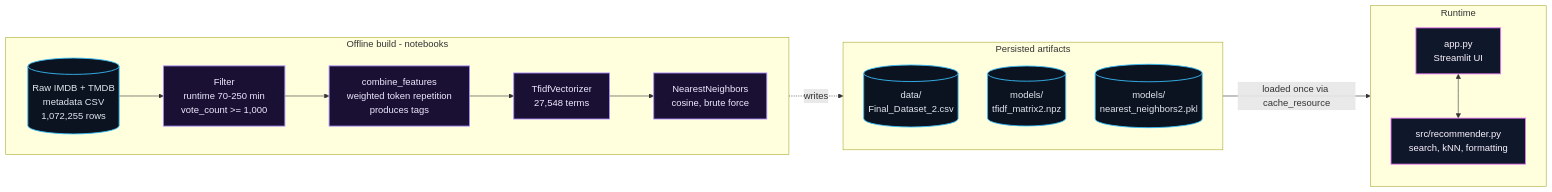
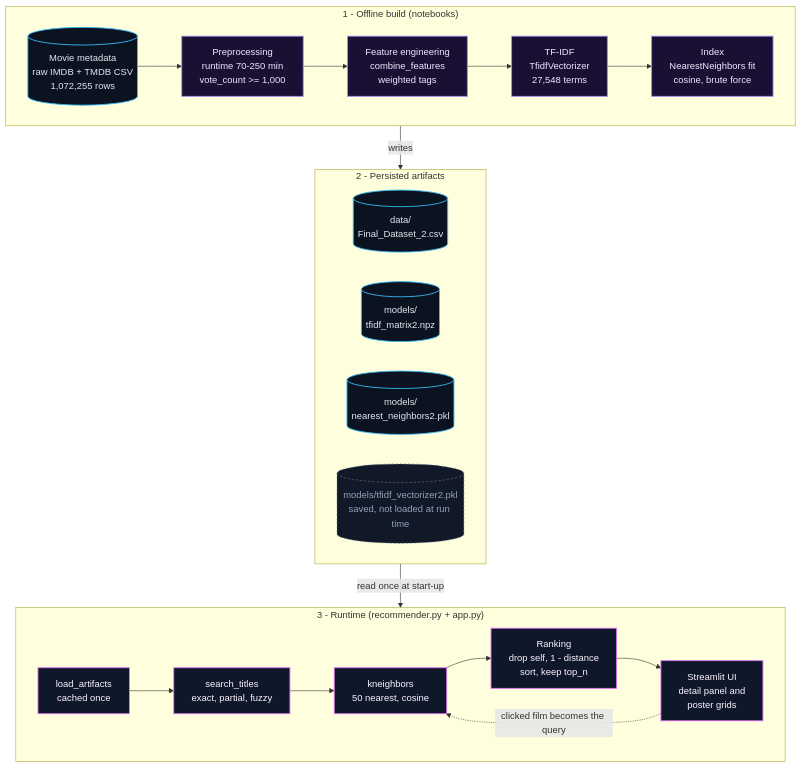
One commit to Pankaj-Jhajhria/Movie-Recommendation-System-FilmSense- changed the first of 3 diagrams in README.md. Above: the diagram before and after it, drawn with Mermaid. The commit also changed other lines of this file and 1 other file, not shown here.

Commit message:
docs: improve FilmSense README design

````diff
--- a/README.md
+++ b/README.md
@@ -117,33 +91,39 @@
 ```mermaid
-flowchart LR
+flowchart TB
     classDef data fill:#0b1220,stroke:#38bdf8,stroke-width:1.5px,color:#e2e8f0
     classDef proc fill:#1a1033,stroke:#a78bfa,stroke-width:1.5px,color:#ede9fe
     classDef app  fill:#0f172a,stroke:#e879f9,stroke-width:1.5px,color:#fdf4ff
+    classDef idle fill:#111827,stroke:#64748b,stroke-dasharray:4 3,color:#94a3b8
 
-    subgraph BUILD["Offline build - notebooks"]
+    subgraph BUILD["1 - Offline build (notebooks)"]
         direction LR
-        RAW[("Raw IMDB + TMDB<br/>metadata CSV<br/>1,072,255 rows")]:::data
-        FILTER["Filter<br/>runtime 70-250 min<br/>vote_count >= 1,000"]:::proc
-        TAGS["combine_features<br/>weighted token repetition<br/>produces tags"]:::proc
-        TFIDF["TfidfVectorizer<br/>27,548 terms"]:::proc
-        NN["NearestNeighbors<br/>cosine, brute force"]:::proc
-        RAW --> FILTER --> TAGS --> TFIDF --> NN
+        RAW[("Movie metadata<br/>raw IMDB + TMDB CSV<br/>1,072,255 rows")]:::data
+        FILTER["Preprocessing<br/>runtime 70-250 min<br/>vote_count >= 1,000"]:::proc
+        TAGS["Feature engineering<br/>combine_features<br/>weighted tags"]:::proc
+        TFIDF["TF-IDF<br/>TfidfVectorizer<br/>27,548 terms"]:::proc
+        FIT["Index<br/>NearestNeighbors fit<br/>cosine, brute force"]:::proc
+        RAW --> FILTER --> TAGS --> TFIDF --> FIT
     end
 
-    subgraph STORE["Persisted artifacts"]
-        direction TB
+    subgraph STORE["2 - Persisted artifacts"]
+        direction LR
         CSV[("data/<br/>Final_Dataset_2.csv")]:::data
         MAT[("models/<br/>tfidf_matrix2.npz")]:::data
         PKL[("models/<br/>nearest_neighbors2.pkl")]:::data
+        VEC[("models/tfidf_vectorizer2.pkl<br/>saved, not loaded at run time")]:::idle
     end
 
-    subgraph RUN["Runtime"]
-        direction TB
-        UI["app.py<br/>Streamlit UI"]:::app
-        REC["src/recommender.py<br/>search, kNN, formatting"]:::app
-        UI <--> REC
+    subgraph RUN["3 - Runtime (recommender.py + app.py)"]
+        direction LR
+        LOAD["load_artifacts<br/>cached once"]:::app
+        SEARCH["search_titles<br/>exact, partial, fuzzy"]:::app
+        KNN["kneighbors<br/>50 nearest, cosine"]:::app
+        RANK["Ranking<br/>drop self, 1 - distance<br/>sort, keep top_n"]:::app
+        UI["Streamlit UI<br/>detail panel and<br/>poster grids"]:::app
+        LOAD --> SEARCH --> KNN --> RANK --> UI
+        UI -. clicked film becomes the query .-> KNN
     end
 
-    BUILD -. writes .-> STORE
-    STORE -->|loaded once via cache_resource| RUN
+    BUILD -->|writes| STORE
+    STORE -->|read once at start-up| RUN
 ```
````
